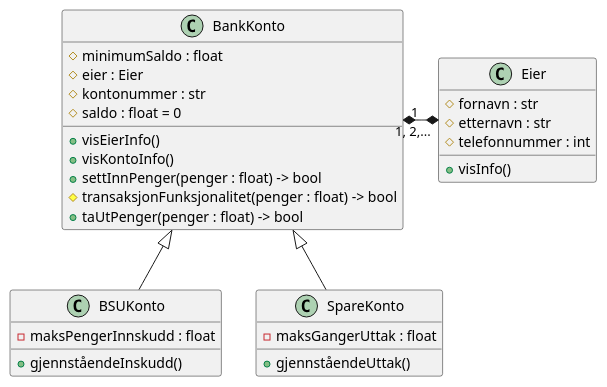
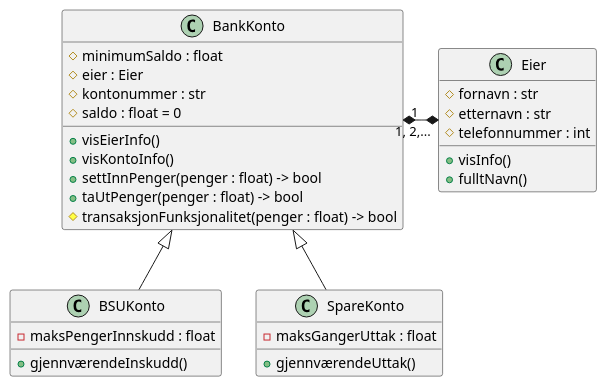
The diagram in UML/Oppgave bank.plantuml (ThatG0y/Skole-innleveringer), drawn with PlantUML before and after one commit. The commit also changed 16 other files, not shown here.

Commit message:
Oppdaterte hele bank-koden etter ny UML

```diff
--- a/UML/Oppgave bank.plantuml
+++ b/UML/Oppgave bank.plantuml
@@ -1,34 +1,35 @@
 @startuml Bank
 
 class BankKonto{
     #minimumSaldo : float
     #eier : Eier
     #kontonummer : str
     #saldo : float = 0
     +visEierInfo()
     +visKontoInfo()
     +settInnPenger(penger : float) -> bool
+    +taUtPenger(penger : float) -> bool
     #transaksjonFunksjonalitet(penger : float) -> bool
-    +taUtPenger(penger : float) -> bool
 }
 class BSUKonto{
     -maksPengerInnskudd : float
-    +gjennståendeInskudd()
+    +gjennværendeInskudd()
 }
 class SpareKonto{
     -maksGangerUttak : float
-    +gjennståendeUttak()
+    +gjennværendeUttak()
 }
 class Eier{
     #fornavn : str
     #etternavn : str
     #telefonnummer : int
     +visInfo()
+    +fulltNavn()
 }   
 
 SpareKonto -up-|> BankKonto
 BSUKonto -up-|> BankKonto
 Eier "1, 2,..." *-left-* "1" BankKonto
 
 
 @enduml
```
